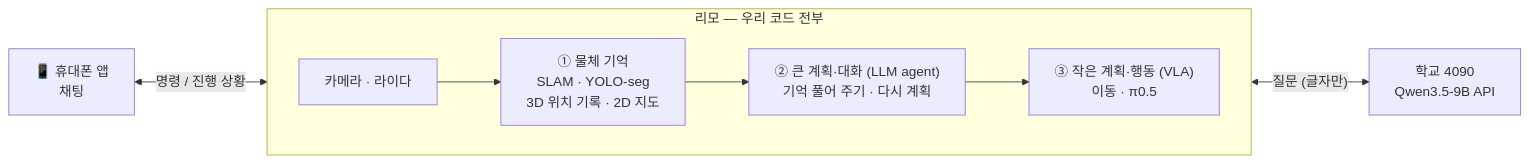
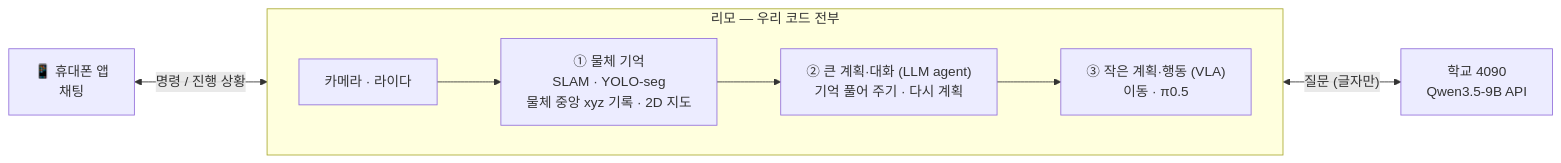
The diagram in docs/plan.md (juyoung020/robot-agent), drawn with Mermaid before and after one commit. The commit also changed other lines of this file and 1 other file, not shown here.

Commit message:
물체 위치: YOLO-seg 가 찾은 중앙 + depth 로 xyz 기록, 보기는 2D 지도 / 서브모듈 갱신

````diff
--- a/docs/plan.md
+++ b/docs/plan.md
@@ -15,13 +15,13 @@
 ```mermaid
 flowchart LR
     APP["📱 휴대폰 앱<br/>채팅"]
     subgraph LIMO["리모 — 우리 코드 전부"]
         direction LR
-        S["카메라 · 라이다"] --> M["① 물체 기억<br/>SLAM · YOLO-seg<br/>3D 위치 기록 · 2D 지도"]
+        S["카메라 · 라이다"] --> M["① 물체 기억<br/>SLAM · YOLO-seg<br/>물체 중앙 xyz 기록 · 2D 지도"]
         M --> A["② 큰 계획·대화 (LLM agent)<br/>기억 풀어 주기 · 다시 계획"]
         A --> V["③ 작은 계획·행동 (VLA)<br/>이동 · π0.5"]
     end
     Q["학교 4090<br/>Qwen3.5-9B API"]
     APP <-->|"명령 / 진행 상황"| A
     A <-->|"질문 (글자만)"| Q
 ```
````
